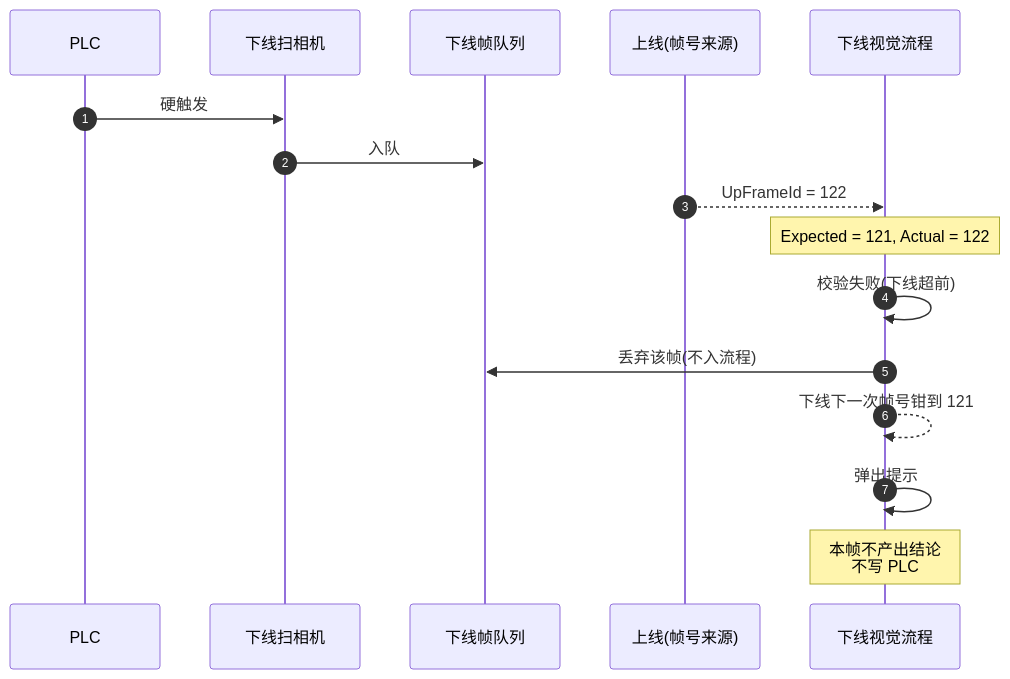
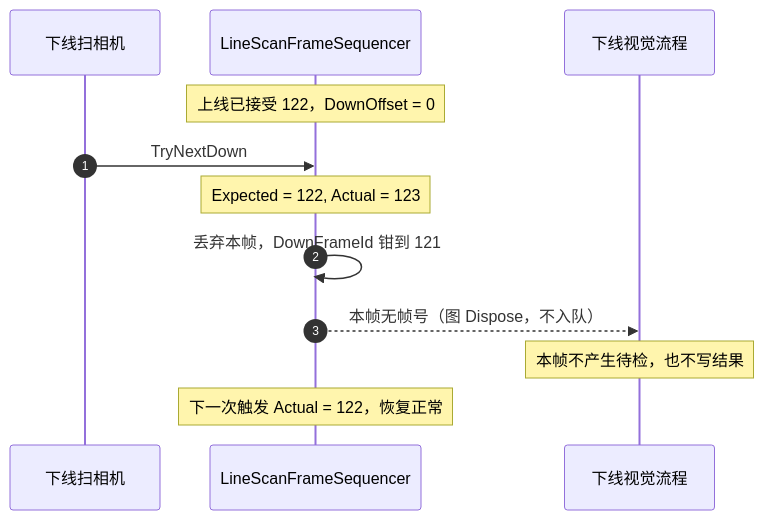
One commit to HowieKwok/die-cutter changed the second of 6 diagrams in docs/五金模切_帧队列与PLC发布设计.md. Above: the diagram before and after it, drawn with Mermaid. The commit also changed other lines of this file, not shown here.

````diff
--- a/docs/五金模切_帧队列与PLC发布设计.md
+++ b/docs/五金模切_帧队列与PLC发布设计.md
@@ -329,19 +483,15 @@
 ```mermaid
 sequenceDiagram
     autonumber
-    participant PLC
-    participant CamD as 下线扫相机
-    participant QD as 下线帧队列
-    participant VU as 上线(帧号来源)
-    participant VD as 下线视觉流程
+    participant Cam as 下线扫相机
+    participant Seq as LineScanFrameSequencer
+    participant V as 下线视觉流程
 
-    PLC->>CamD: 硬触发
-    CamD->>QD: 入队
-    VU-->>VD: UpFrameId = 122
-    Note over VD: Expected = 121, Actual = 122
-    VD->>VD: 校验失败(下线超前)
-    VD->>QD: 丢弃该帧(不入流程)
-    VD-->>VD: 下线下一次帧号钳到 121
-    VD->>VD: 弹出提示
-    Note over VD: 本帧不产出结论<br/>不写 PLC
+    Note over Seq: 上线已接受 122，DownOffset = 0
+    Cam->>Seq: TryNextDown
+    Note over Seq: Expected = 122, Actual = 123
+    Seq->>Seq: 丢弃本帧，DownFrameId 钳到 121
+    Seq-->>V: 本帧无帧号（图 Dispose，不入队）
+    Note over V: 本帧不产生待检，也不写结果
+    Note over Seq: 下一次触发 Actual = 122，恢复正常
 ```
````
